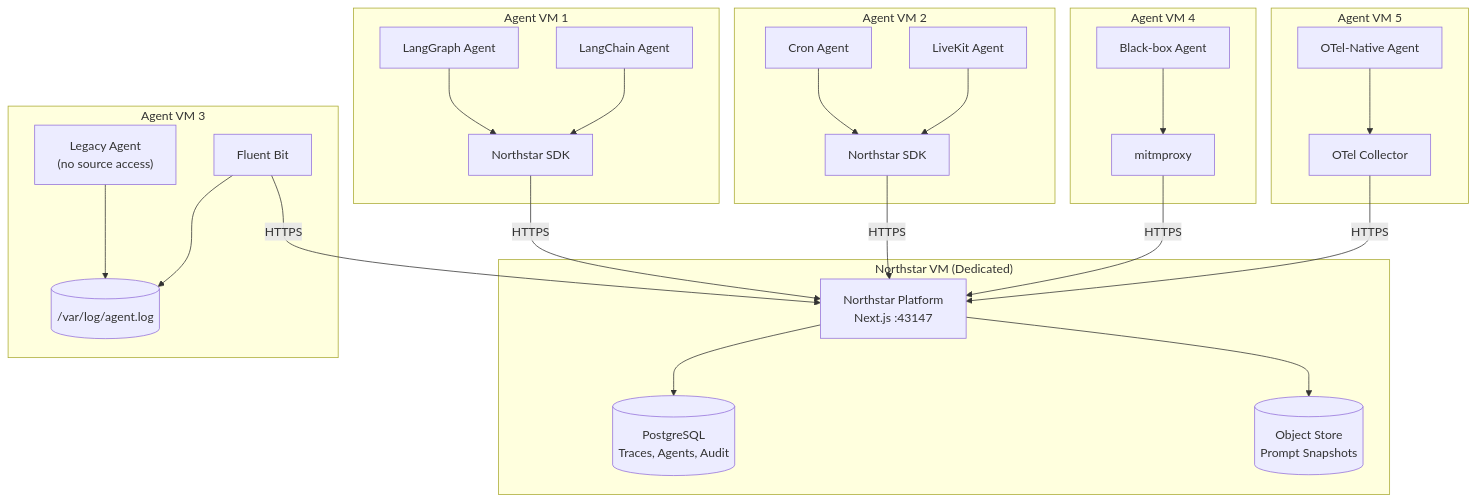
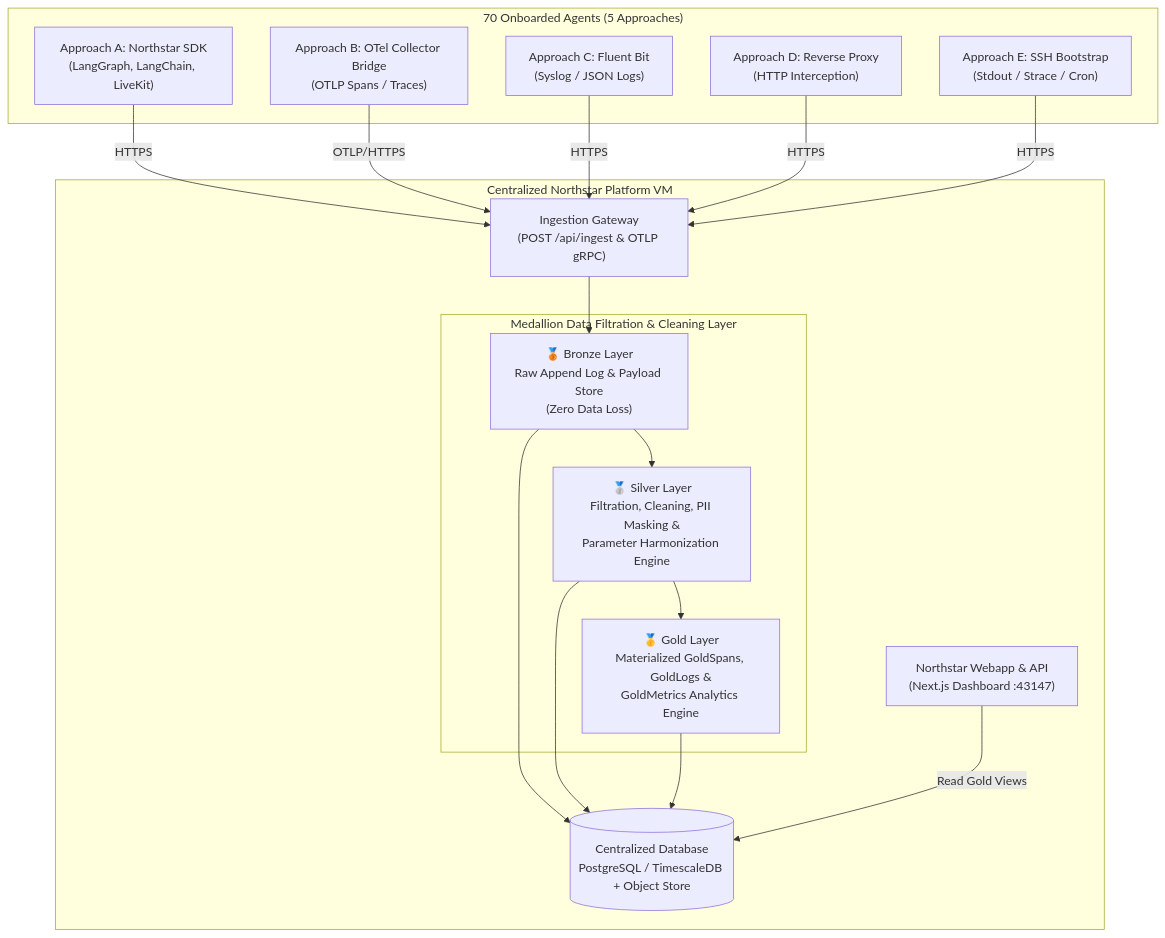
One commit to LuC-9/agent-ops changed the eighth of 10 diagrams in docs/AGENT_ONBOARDING_70_TECHNICAL_PROPOSAL.md. Above: the diagram before and after it, drawn with Mermaid. The commit also changed other lines of this file, not shown here.

Commit message:
docs: add Medallion Architecture data pipeline and centralized database strategy to technical proposal

````diff
--- a/docs/AGENT_ONBOARDING_70_TECHNICAL_PROPOSAL.md
+++ b/docs/AGENT_ONBOARDING_70_TECHNICAL_PROPOSAL.md
@@ -1263,52 +1265,37 @@
 ```mermaid
 flowchart TB
-    subgraph NorthstarVM["Northstar VM (Dedicated)"]
-        NS["Northstar Platform<br/>Next.js :43147"]
-        DB[("PostgreSQL<br/>Traces, Agents, Audit")]
-        ObjStore[("Object Store<br/>Prompt Snapshots")]
-        NS --> DB
-        NS --> ObjStore
+    subgraph Agents["70 Onboarded Agents (5 Approaches)"]
+        ApproachA["Approach A: Northstar SDK<br/>(LangGraph, LangChain, LiveKit)"]
+        ApproachB["Approach B: OTel Collector Bridge<br/>(OTLP Spans / Traces)"]
+        ApproachC["Approach C: Fluent Bit<br/>(Syslog / JSON Logs)"]
+        ApproachD["Approach D: Reverse Proxy<br/>(HTTP Interception)"]
+        ApproachE["Approach E: SSH Bootstrap<br/>(Stdout / Strace / Cron)"]
     end
 
-    subgraph VM1["Agent VM 1"]
-        A1["LangGraph Agent"]
-        A2["LangChain Agent"]
-        SDK1["Northstar SDK"]
-        A1 --> SDK1
-        A2 --> SDK1
+    subgraph CentralEngine["Centralized Northstar Platform VM"]
+        Gateway["Ingestion Gateway<br/>(POST /api/ingest & OTLP gRPC)"]
+
+        subgraph MedallionPipeline["Medallion Data Filtration & Cleaning Layer"]
+            Bronze["🥉 Bronze Layer<br/>Raw Append Log & Payload Store<br/>(Zero Data Loss)"]
+            Silver["🥈 Silver Layer<br/>Filtration, Cleaning, PII Masking &<br/>Parameter Harmonization Engine"]
+            Gold["🥇 Gold Layer<br/>Materialized GoldSpans, GoldLogs &<br/>GoldMetrics Analytics Engine"]
+        end
+
+        CentralDB[("Centralized Database<br/>PostgreSQL / TimescaleDB + Object Store")]
+        Webapp["Northstar Webapp & API<br/>(Next.js Dashboard :43147)"]
     end
 
-    subgraph VM2["Agent VM 2"]
-        A3["Cron Agent"]
-        A4["LiveKit Agent"]
-        SDK2["Northstar SDK"]
-        A3 --> SDK2
-        A4 --> SDK2
-    end
+    ApproachA -->|"HTTPS"| Gateway
+    ApproachB -->|"OTLP/HTTPS"| Gateway
+    ApproachC -->|"HTTPS"| Gateway
+    ApproachD -->|"HTTPS"| Gateway
+    ApproachE -->|"HTTPS"| Gateway
 
-    subgraph VM3["Agent VM 3"]
-        A5["Legacy Agent<br/>(no source access)"]
-        Logs3[("/var/log/agent.log")]
-        FB["Fluent Bit"]
-        A5 --> Logs3
-        FB --> Logs3
-    end
-
-    subgraph VM4["Agent VM 4"]
-        A6["Black-box Agent"]
-        Proxy["mitmproxy"]
-        A6 --> Proxy
-    end
-
-    subgraph VM5["Agent VM 5"]
-        A7["OTel-Native Agent"]
-        OTel["OTel Collector"]
-        A7 --> OTel
-    end
-
-    SDK1 -->|"HTTPS"| NS
-    SDK2 -->|"HTTPS"| NS
-    FB -->|"HTTPS"| NS
-    Proxy -->|"HTTPS"| NS
-    OTel -->|"HTTPS"| NS
+    Gateway --> Bronze
+    Bronze --> Silver
+    Silver --> Gold
+    Bronze --> CentralDB
+    Silver --> CentralDB
+    Gold --> CentralDB
+    Webapp -->|"Read Gold Views"| CentralDB
 ```
````
